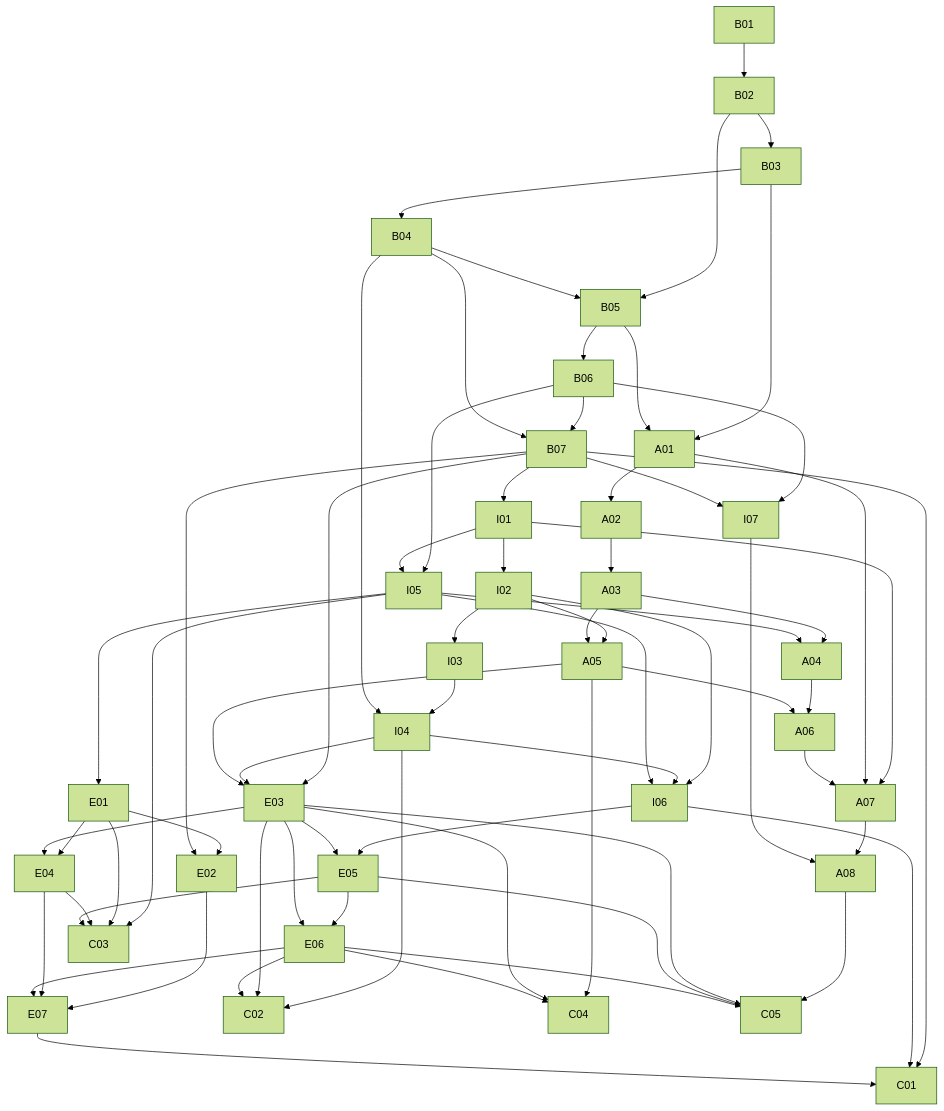
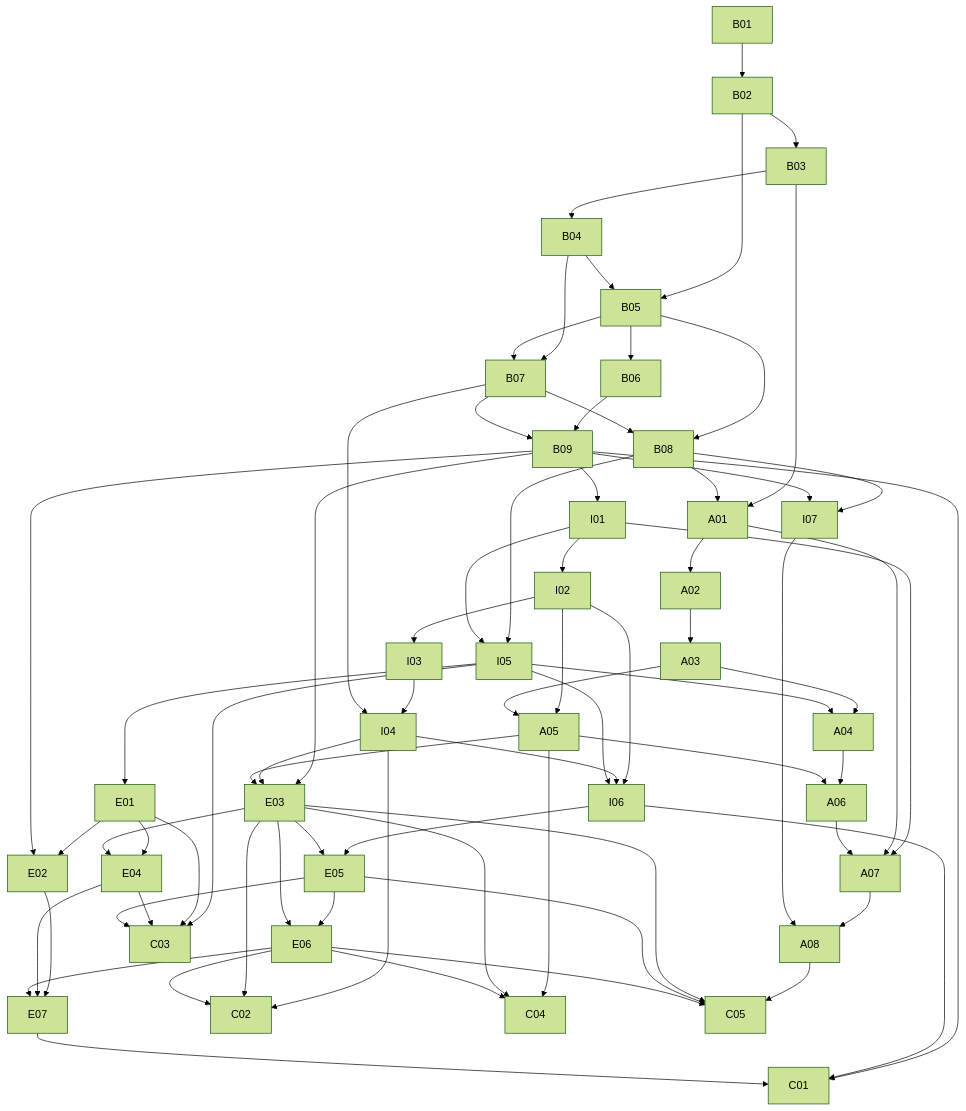
One commit to mahsa-teimourikia/computer-vision changed the diagram in docs/CURRICULUM_ARCHITECTURE.md. Above: the diagram before and after it, drawn with Mermaid (forest theme). The commit also changed other lines of this file and 10 other files, not shown here.

````diff
--- a/docs/CURRICULUM_ARCHITECTURE.md
+++ b/docs/CURRICULUM_ARCHITECTURE.md
@@ -436,62 +456,67 @@
 ```mermaid
 flowchart TD
   B01 --> B02 --> B03 --> B04
-  B02 --> B05 --> B06 --> B07
+  B02 --> B05 --> B06
   B04 --> B05
   B04 --> B07
+  B05 --> B07
+  B05 --> B08
+  B07 --> B08
+  B06 --> B09
+  B07 --> B09
 
-  B07 --> I01 --> I02
+  B09 --> I01 --> I02
   I02 --> I03 --> I04
-  B04 --> I04
-  B06 --> I05
+  B07 --> I04
+  B08 --> I05
   I01 --> I05
   I02 --> I06
   I04 --> I06
   I05 --> I06
-  B06 --> I07
-  B07 --> I07
+  B08 --> I07
+  B09 --> I07
 
   B03 --> A01
-  B05 --> A01 --> A02 --> A03 --> A04
+  B08 --> A01 --> A02 --> A03 --> A04
   I05 --> A04
   I02 --> A05
   A03 --> A05
   A04 --> A06
   A05 --> A06
   I01 --> A07
   A01 --> A07
   A06 --> A07 --> A08
   I07 --> A08
 
   I05 --> E01 --> E02
-  B07 --> E02
-  B07 --> E03
+  B09 --> E02
+  B09 --> E03
   I04 --> E03
   A05 --> E03
   E01 --> E04
   E03 --> E04
   I06 --> E05
   E03 --> E05 --> E06
   E03 --> E06
   E02 --> E07
   E04 --> E07
   E06 --> E07
 
-  B07 --> C01
+  B09 --> C01
   I06 --> C01
   E07 --> C01
   I04 --> C02
   E03 --> C02
   E06 --> C02
   I05 --> C03
   E01 --> C03
   E04 --> C03
   E05 --> C03
   A05 --> C04
   E03 --> C04
   E06 --> C04
   A08 --> C05
   E03 --> C05
   E05 --> C05
   E06 --> C05
 ```
````
